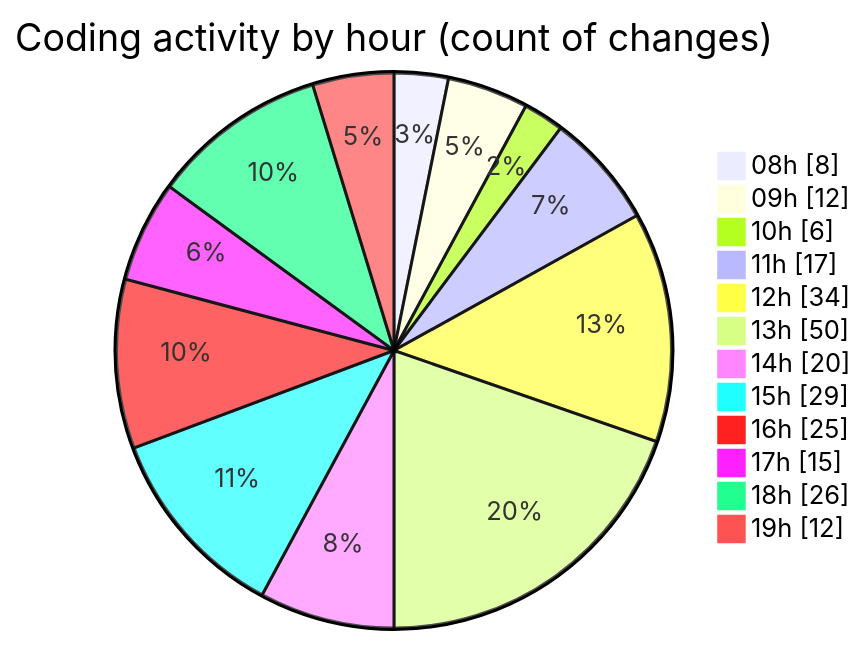
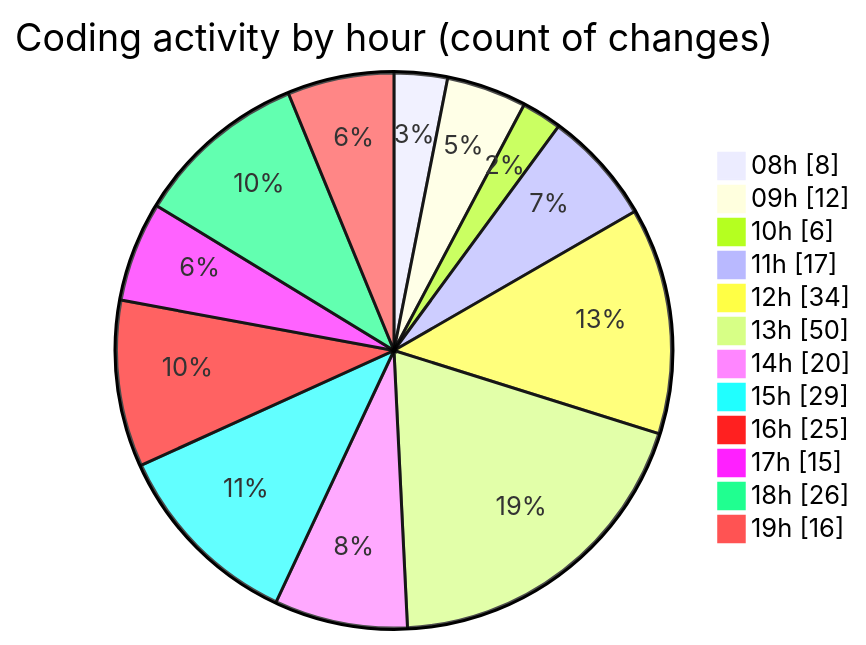
The second of 2 diagrams in 2025-09-15/cda/README.md (momahboobian/code-tracking), drawn with Mermaid before and after one commit. The commit also changed other lines of this file and 1 other file, not shown here.

````diff
--- a/2025-09-15/cda/README.md
+++ b/2025-09-15/cda/README.md
@@ -37,16 +37,16 @@
 ```mermaid
 pie showData
 title Coding activity by hour (count of changes)
 "08h" : 8
 "09h" : 12
 "10h" : 6
 "11h" : 17
 "12h" : 34
 "13h" : 50
 "14h" : 20
 "15h" : 29
 "16h" : 25
 "17h" : 15
 "18h" : 26
-"19h" : 12
+"19h" : 16
 ```
````
